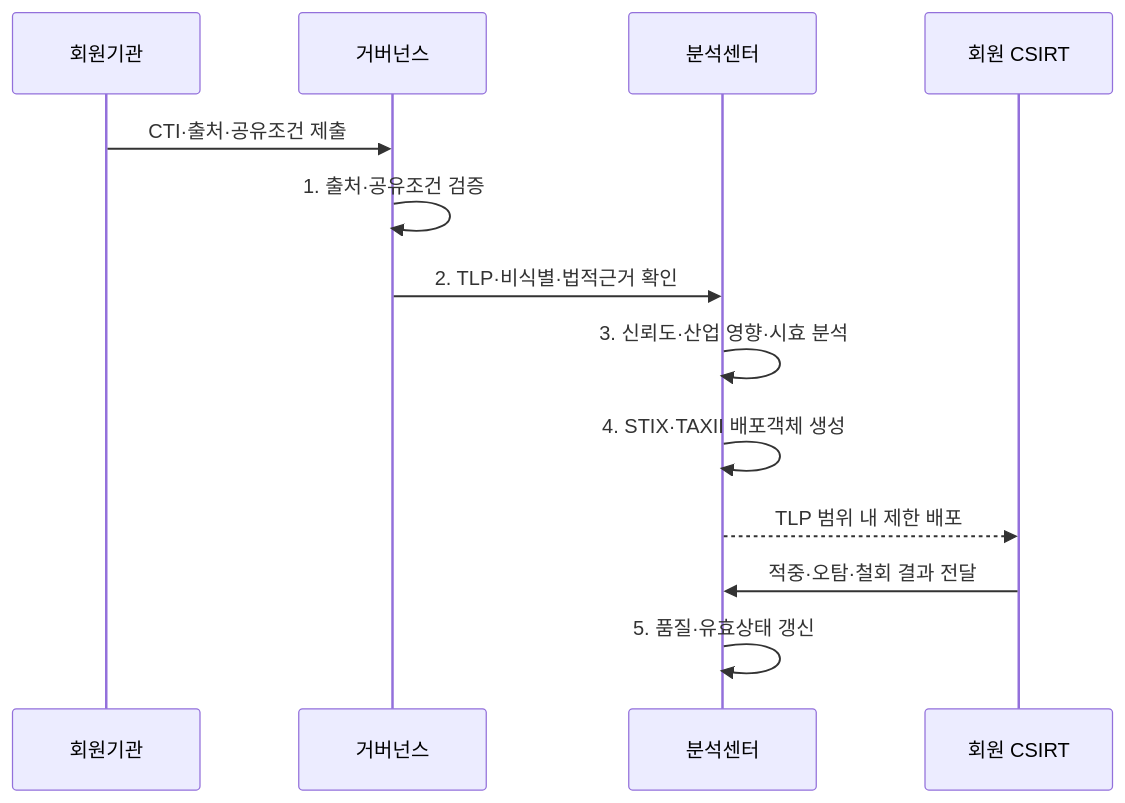
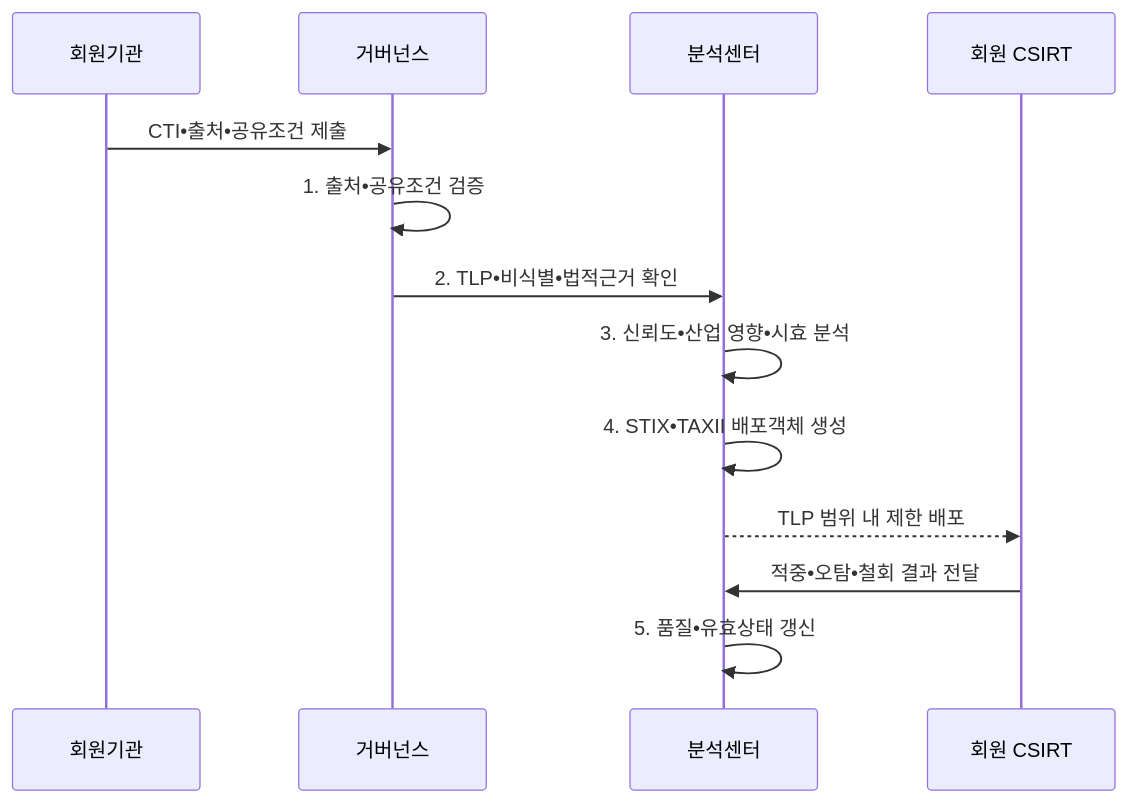
The second of 2 diagrams in src/content/docs/notes/05-security/143_isac.md (agnusdei1207/knowledge-base), drawn with Mermaid before and after one commit. The commit also changed other lines of this file and 953 other files, not shown here.

````diff
--- a/src/content/docs/notes/05-security/143_isac.md
+++ b/src/content/docs/notes/05-security/143_isac.md
@@ -101,15 +101,15 @@
 ```mermaid
 sequenceDiagram
   participant M as 회원기관
   participant G as 거버넌스
   participant A as 분석센터
   participant R as 회원 CSIRT
-  M->>G: CTI·출처·공유조건 제출
-  G->>G: 1. 출처·공유조건 검증
-  G->>A: 2. TLP·비식별·법적근거 확인
-  A->>A: 3. 신뢰도·산업 영향·시효 분석
-  A->>A: 4. STIX·TAXII 배포객체 생성
+  M->>G: CTI•출처•공유조건 제출
+  G->>G: 1. 출처•공유조건 검증
+  G->>A: 2. TLP•비식별•법적근거 확인
+  A->>A: 3. 신뢰도•산업 영향•시효 분석
+  A->>A: 4. STIX•TAXII 배포객체 생성
   A-->>R: TLP 범위 내 제한 배포
-  R->>A: 적중·오탐·철회 결과 전달
-  A->>A: 5. 품질·유효상태 갱신
+  R->>A: 적중•오탐•철회 결과 전달
+  A->>A: 5. 품질•유효상태 갱신
 ```
````
